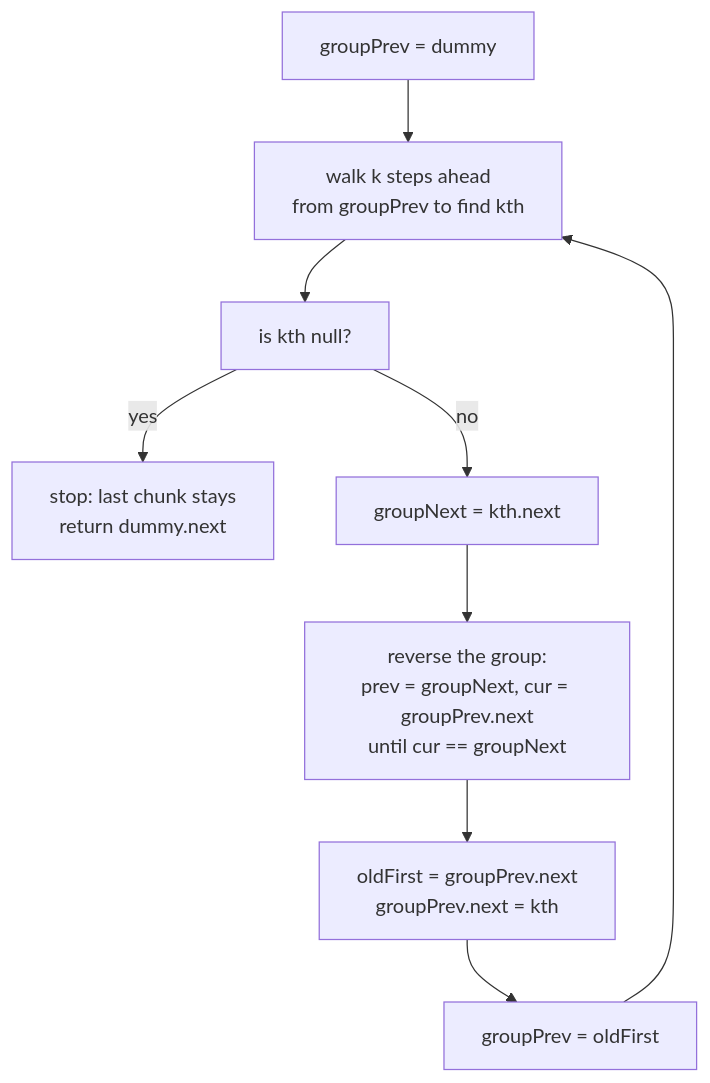
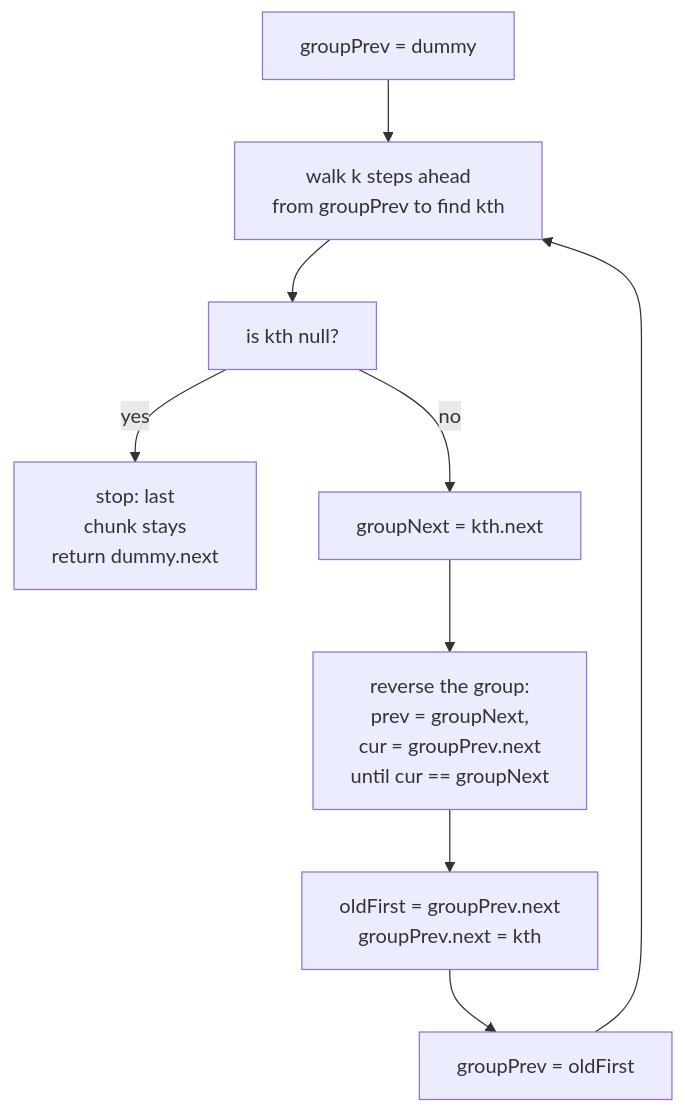
Before and after one commit to duongbui234/software-engineering-atlas: the diagram in content/en/problems/reverse-nodes-in-k-group.md, drawn with Mermaid. The commit also changed 134 other files, not shown here.

First line of the commit message:
Fit every Mermaid diagram at 390px without sideways scroll (#56)

````diff
--- a/content/en/problems/reverse-nodes-in-k-group.md
+++ b/content/en/problems/reverse-nodes-in-k-group.md
@@ -54,11 +54,11 @@
 ```mermaid
 flowchart TB
   S["groupPrev = dummy"] --> C["walk k steps ahead<br/>from groupPrev to find kth"]
   C --> Q["is kth null?"]
-  Q -->|"yes"| E["stop: last chunk stays<br/>return dummy.next"]
+  Q -->|"yes"| E["stop: last<br/>chunk stays<br/>return dummy.next"]
   Q -->|"no"| N["groupNext = kth.next"]
-  N --> R["reverse the group:<br/>prev = groupNext, cur = groupPrev.next<br/>until cur == groupNext"]
+  N --> R["reverse the group:<br/>prev = groupNext,<br/>cur = groupPrev.next<br/>until cur == groupNext"]
   R --> J["oldFirst = groupPrev.next<br/>groupPrev.next = kth"]
   J --> M["groupPrev = oldFirst"]
   M --> C
 ```
````
